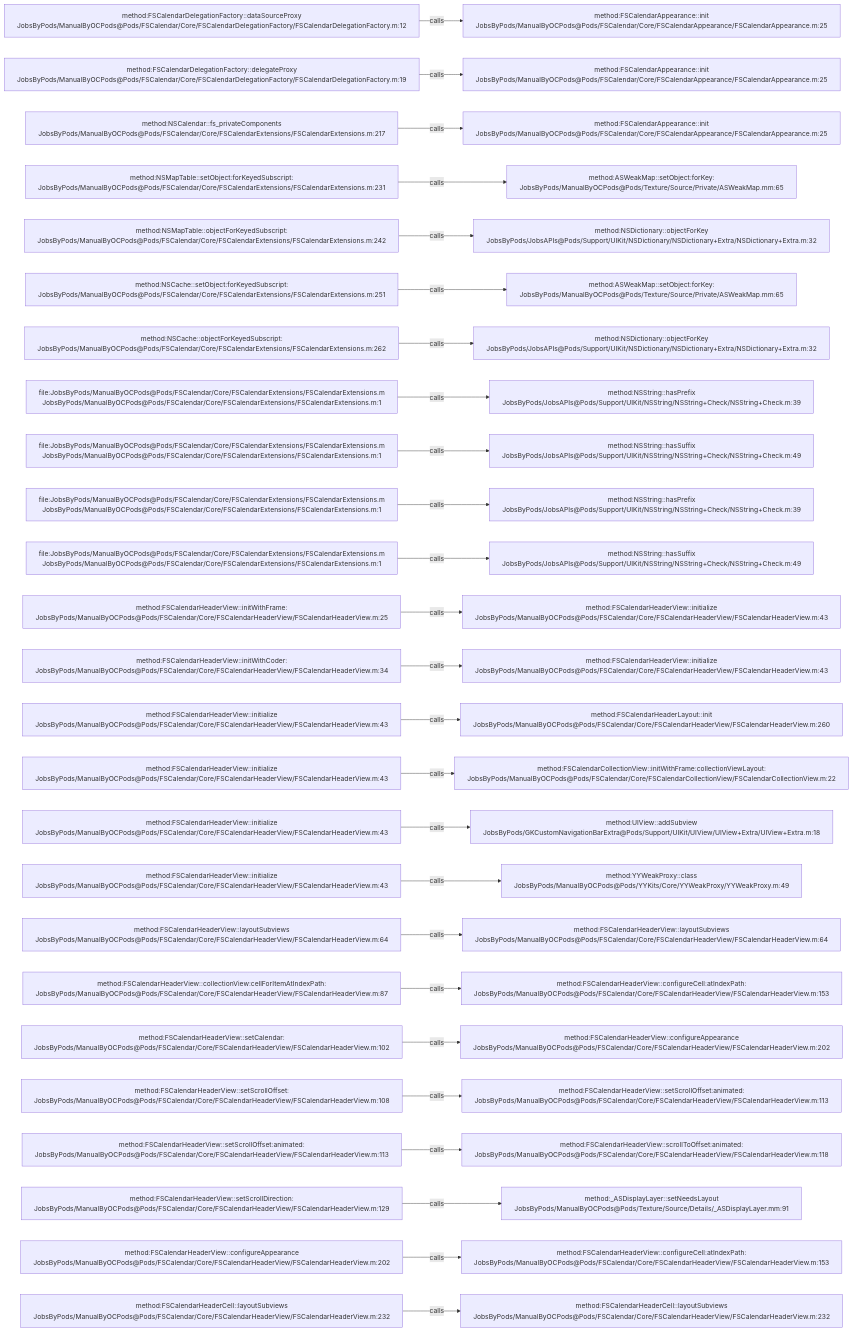
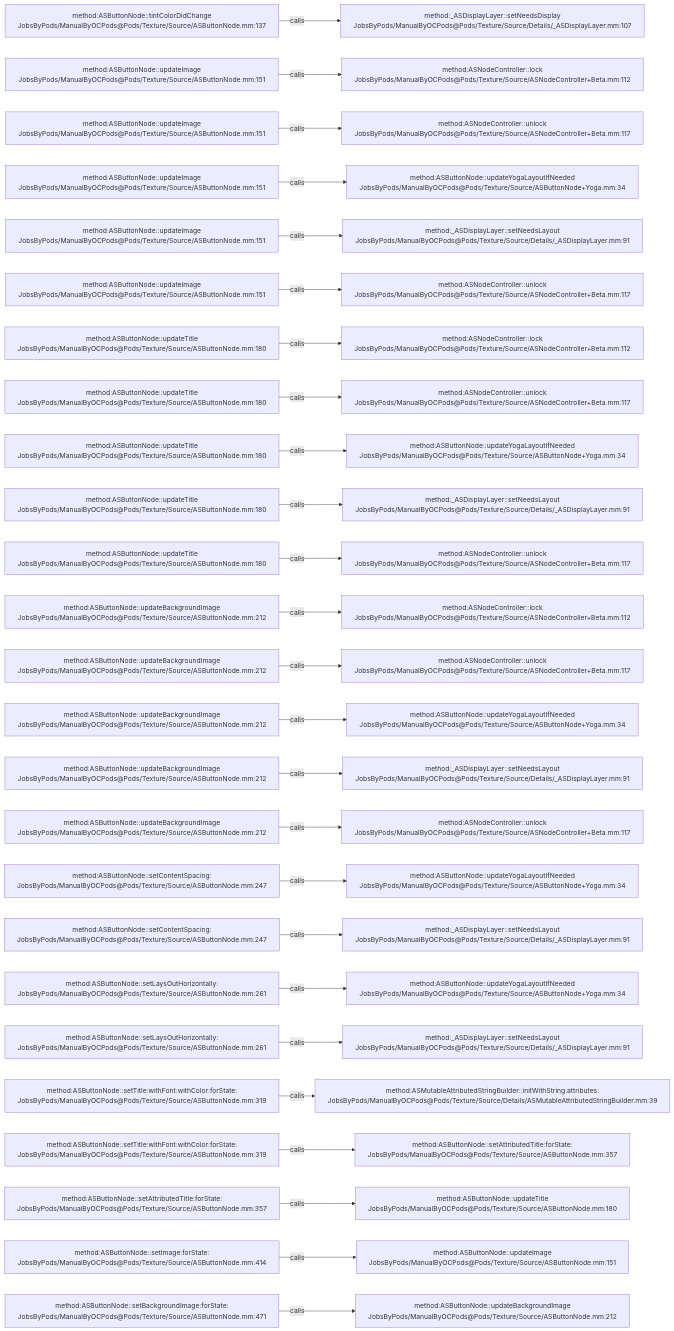
The diagram in .codegraph/codegraph.md/graphs/calls-181.md (JobsKits/JobsOCBaseConfigDemo), drawn with Mermaid before and after one commit. The commit also changed 573 other files, not shown here.

````diff
--- a/.codegraph/codegraph.md/graphs/calls-181.md
+++ b/.codegraph/codegraph.md/graphs/calls-181.md
@@ -13,78 +13,78 @@
 ```mermaid
 flowchart LR
-  S1["method:FSCalendarDelegationFactory::dataSourceProxy<br/>JobsByPods/ManualByOCPods@Pods/FSCalendar/Core/FSCalendarDelegationFactory/FSCalendarDelegationFactory.m:12"]
-  T1["method:FSCalendarAppearance::init<br/>JobsByPods/ManualByOCPods@Pods/FSCalendar/Core/FSCalendarAppearance/FSCalendarAppearance.m:25"]
+  S1["method:ASButtonNode::tintColorDidChange<br/>JobsByPods/ManualByOCPods@Pods/Texture/Source/ASButtonNode.mm:137"]
+  T1["method:_ASDisplayLayer::setNeedsDisplay<br/>JobsByPods/ManualByOCPods@Pods/Texture/Source/Details/_ASDisplayLayer.mm:107"]
   S1 -->|calls| T1
-  S2["method:FSCalendarDelegationFactory::delegateProxy<br/>JobsByPods/ManualByOCPods@Pods/FSCalendar/Core/FSCalendarDelegationFactory/FSCalendarDelegationFactory.m:19"]
-  T2["method:FSCalendarAppearance::init<br/>JobsByPods/ManualByOCPods@Pods/FSCalendar/Core/FSCalendarAppearance/FSCalendarAppearance.m:25"]
+  S2["method:ASButtonNode::updateImage<br/>JobsByPods/ManualByOCPods@Pods/Texture/Source/ASButtonNode.mm:151"]
+  T2["method:ASNodeController::lock<br/>JobsByPods/ManualByOCPods@Pods/Texture/Source/ASNodeController+Beta.mm:112"]
   S2 -->|calls| T2
-  S3["method:NSCalendar::fs_privateComponents<br/>JobsByPods/ManualByOCPods@Pods/FSCalendar/Core/FSCalendarExtensions/FSCalendarExtensions.m:217"]
-  T3["method:FSCalendarAppearance::init<br/>JobsByPods/ManualByOCPods@Pods/FSCalendar/Core/FSCalendarAppearance/FSCalendarAppearance.m:25"]
+  S3["method:ASButtonNode::updateImage<br/>JobsByPods/ManualByOCPods@Pods/Texture/Source/ASButtonNode.mm:151"]
+  T3["method:ASNodeController::unlock<br/>JobsByPods/ManualByOCPods@Pods/Texture/Source/ASNodeController+Beta.mm:117"]
   S3 -->|calls| T3
-  S4["method:NSMapTable::setObject:forKeyedSubscript:<br/>JobsByPods/ManualByOCPods@Pods/FSCalendar/Core/FSCalendarExtensions/FSCalendarExtensions.m:231"]
-  T4["method:ASWeakMap::setObject:forKey:<br/>JobsByPods/ManualByOCPods@Pods/Texture/Source/Private/ASWeakMap.mm:65"]
+  S4["method:ASButtonNode::updateImage<br/>JobsByPods/ManualByOCPods@Pods/Texture/Source/ASButtonNode.mm:151"]
+  T4["method:ASButtonNode::updateYogaLayoutIfNeeded<br/>JobsByPods/ManualByOCPods@Pods/Texture/Source/ASButtonNode+Yoga.mm:34"]
   S4 -->|calls| T4
-  S5["method:NSMapTable::objectForKeyedSubscript:<br/>JobsByPods/ManualByOCPods@Pods/FSCalendar/Core/FSCalendarExtensions/FSCalendarExtensions.m:242"]
-  T5["method:NSDictionary::objectForKey<br/>JobsByPods/JobsAPIs@Pods/Support/UIKit/NSDictionary/NSDictionary+Extra/NSDictionary+Extra.m:32"]
+  S5["method:ASButtonNode::updateImage<br/>JobsByPods/ManualByOCPods@Pods/Texture/Source/ASButtonNode.mm:151"]
+  T5["method:_ASDisplayLayer::setNeedsLayout<br/>JobsByPods/ManualByOCPods@Pods/Texture/Source/Details/_ASDisplayLayer.mm:91"]
   S5 -->|calls| T5
-  S6["method:NSCache::setObject:forKeyedSubscript:<br/>JobsByPods/ManualByOCPods@Pods/FSCalendar/Core/FSCalendarExtensions/FSCalendarExtensions.m:251"]
-  T6["method:ASWeakMap::setObject:forKey:<br/>JobsByPods/ManualByOCPods@Pods/Texture/Source/Private/ASWeakMap.mm:65"]
+  S6["method:ASButtonNode::updateImage<br/>JobsByPods/ManualByOCPods@Pods/Texture/Source/ASButtonNode.mm:151"]
+  T6["method:ASNodeController::unlock<br/>JobsByPods/ManualByOCPods@Pods/Texture/Source/ASNodeController+Beta.mm:117"]
   S6 -->|calls| T6
-  S7["method:NSCache::objectForKeyedSubscript:<br/>JobsByPods/ManualByOCPods@Pods/FSCalendar/Core/FSCalendarExtensions/FSCalendarExtensions.m:262"]
-  T7["method:NSDictionary::objectForKey<br/>JobsByPods/JobsAPIs@Pods/Support/UIKit/NSDictionary/NSDictionary+Extra/NSDictionary+Extra.m:32"]
+  S7["method:ASButtonNode::updateTitle<br/>JobsByPods/ManualByOCPods@Pods/Texture/Source/ASButtonNode.mm:180"]
+  T7["method:ASNodeController::lock<br/>JobsByPods/ManualByOCPods@Pods/Texture/Source/ASNodeController+Beta.mm:112"]
   S7 -->|calls| T7
-  S8["file:JobsByPods/ManualByOCPods@Pods/FSCalendar/Core/FSCalendarExtensions/FSCalendarExtensions.m<br/>JobsByPods/ManualByOCPods@Pods/FSCalendar/Core/FSCalendarExtensions/FSCalendarExtensions.m:1"]
-  T8["method:NSString::hasPrefix<br/>JobsByPods/JobsAPIs@Pods/Support/UIKit/NSString/NSString+Check/NSString+Check.m:39"]
+  S8["method:ASButtonNode::updateTitle<br/>JobsByPods/ManualByOCPods@Pods/Texture/Source/ASButtonNode.mm:180"]
+  T8["method:ASNodeController::unlock<br/>JobsByPods/ManualByOCPods@Pods/Texture/Source/ASNodeController+Beta.mm:117"]
   S8 -->|calls| T8
-  S9["file:JobsByPods/ManualByOCPods@Pods/FSCalendar/Core/FSCalendarExtensions/FSCalendarExtensions.m<br/>JobsByPods/ManualByOCPods@Pods/FSCalendar/Core/FSCalendarExtensions/FSCalendarExtensions.m:1"]
-  T9["method:NSString::hasSuffix<br/>JobsByPods/JobsAPIs@Pods/Support/UIKit/NSString/NSString+Check/NSString+Check.m:49"]
+  S9["method:ASButtonNode::updateTitle<br/>JobsByPods/ManualByOCPods@Pods/Texture/Source/ASButtonNode.mm:180"]
+  T9["method:ASButtonNode::updateYogaLayoutIfNeeded<br/>JobsByPods/ManualByOCPods@Pods/Texture/Source/ASButtonNode+Yoga.mm:34"]
   S9 -->|calls| T9
-  S10["file:JobsByPods/ManualByOCPods@Pods/FSCalendar/Core/FSCalendarExtensions/FSCalendarExtensions.m<br/>JobsByPods/ManualByOCPods@Pods/FSCalendar/Core/FSCalendarExtensions/FSCalendarExtensions.m:1"]
-  T10["method:NSString::hasPrefix<br/>JobsByPods/JobsAPIs@Pods/Support/UIKit/NSString/NSString+Check/NSString+Check.m:39"]
+  S10["method:ASButtonNode::updateTitle<br/>JobsByPods/ManualByOCPods@Pods/Texture/Source/ASButtonNode.mm:180"]
+  T10["method:_ASDisplayLayer::setNeedsLayout<br/>JobsByPods/ManualByOCPods@Pods/Texture/Source/Details/_ASDisplayLayer.mm:91"]
   S10 -->|calls| T10
-  S11["file:JobsByPods/ManualByOCPods@Pods/FSCalendar/Core/FSCalendarExtensions/FSCalendarExtensions.m<br/>JobsByPods/ManualByOCPods@Pods/FSCalendar/Core/FSCalendarExtensions/FSCalendarExtensions.m:1"]
-  T11["method:NSString::hasSuffix<br/>JobsByPods/JobsAPIs@Pods/Support/UIKit/NSString/NSString+Check/NSString+Check.m:49"]
+  S11["method:ASButtonNode::updateTitle<br/>JobsByPods/ManualByOCPods@Pods/Texture/Source/ASButtonNode.mm:180"]
+  T11["method:ASNodeController::unlock<br/>JobsByPods/ManualByOCPods@Pods/Texture/Source/ASNodeController+Beta.mm:117"]
   S11 -->|calls| T11
-  S12["method:FSCalendarHeaderView::initWithFrame:<br/>JobsByPods/ManualByOCPods@Pods/FSCalendar/Core/FSCalendarHeaderView/FSCalendarHeaderView.m:25"]
-  T12["method:FSCalendarHeaderView::initialize<br/>JobsByPods/ManualByOCPods@Pods/FSCalendar/Core/FSCalendarHeaderView/FSCalendarHeaderView.m:43"]
+  S12["method:ASButtonNode::updateBackgroundImage<br/>JobsByPods/ManualByOCPods@Pods/Texture/Source/ASButtonNode.mm:212"]
+  T12["method:ASNodeController::lock<br/>JobsByPods/ManualByOCPods@Pods/Texture/Source/ASNodeController+Beta.mm:112"]
   S12 -->|calls| T12
-  S13["method:FSCalendarHeaderView::initWithCoder:<br/>JobsByPods/ManualByOCPods@Pods/FSCalendar/Core/FSCalendarHeaderView/FSCalendarHeaderView.m:34"]
-  T13["method:FSCalendarHeaderView::initialize<br/>JobsByPods/ManualByOCPods@Pods/FSCalendar/Core/FSCalendarHeaderView/FSCalendarHeaderView.m:43"]
+  S13["method:ASButtonNode::updateBackgroundImage<br/>JobsByPods/ManualByOCPods@Pods/Texture/Source/ASButtonNode.mm:212"]
+  T13["method:ASNodeController::unlock<br/>JobsByPods/ManualByOCPods@Pods/Texture/Source/ASNodeController+Beta.mm:117"]
   S13 -->|calls| T13
-  S14["method:FSCalendarHeaderView::initialize<br/>JobsByPods/ManualByOCPods@Pods/FSCalendar/Core/FSCalendarHeaderView/FSCalendarHeaderView.m:43"]
-  T14["method:FSCalendarHeaderLayout::init<br/>JobsByPods/ManualByOCPods@Pods/FSCalendar/Core/FSCalendarHeaderView/FSCalendarHeaderView.m:260"]
+  S14["method:ASButtonNode::updateBackgroundImage<br/>JobsByPods/ManualByOCPods@Pods/Texture/Source/ASButtonNode.mm:212"]
+  T14["method:ASButtonNode::updateYogaLayoutIfNeeded<br/>JobsByPods/ManualByOCPods@Pods/Texture/Source/ASButtonNode+Yoga.mm:34"]
   S14 -->|calls| T14
-  S15["method:FSCalendarHeaderView::initialize<br/>JobsByPods/ManualByOCPods@Pods/FSCalendar/Core/FSCalendarHeaderView/FSCalendarHeaderView.m:43"]
-  T15["method:FSCalendarCollectionView::initWithFrame:collectionViewLayout:<br/>JobsByPods/ManualByOCPods@Pods/FSCalendar/Core/FSCalendarCollectionView/FSCalendarCollectionView.m:22"]
+  S15["method:ASButtonNode::updateBackgroundImage<br/>JobsByPods/ManualByOCPods@Pods/Texture/Source/ASButtonNode.mm:212"]
+  T15["method:_ASDisplayLayer::setNeedsLayout<br/>JobsByPods/ManualByOCPods@Pods/Texture/Source/Details/_ASDisplayLayer.mm:91"]
   S15 -->|calls| T15
-  S16["method:FSCalendarHeaderView::initialize<br/>JobsByPods/ManualByOCPods@Pods/FSCalendar/Core/FSCalendarHeaderView/FSCalendarHeaderView.m:43"]
-  T16["method:UIView::addSubview<br/>JobsByPods/GKCustomNavigationBarExtra@Pods/Support/UIKit/UIView/UIView+Extra/UIView+Extra.m:18"]
+  S16["method:ASButtonNode::updateBackgroundImage<br/>JobsByPods/ManualByOCPods@Pods/Texture/Source/ASButtonNode.mm:212"]
+  T16["method:ASNodeController::unlock<br/>JobsByPods/ManualByOCPods@Pods/Texture/Source/ASNodeController+Beta.mm:117"]
   S16 -->|calls| T16
-  S17["method:FSCalendarHeaderView::initialize<br/>JobsByPods/ManualByOCPods@Pods/FSCalendar/Core/FSCalendarHeaderView/FSCalendarHeaderView.m:43"]
-  T17["method:YYWeakProxy::class<br/>JobsByPods/ManualByOCPods@Pods/YYKits/Core/YYWeakProxy/YYWeakProxy.m:49"]
+  S17["method:ASButtonNode::setContentSpacing:<br/>JobsByPods/ManualByOCPods@Pods/Texture/Source/ASButtonNode.mm:247"]
+  T17["method:ASButtonNode::updateYogaLayoutIfNeeded<br/>JobsByPods/ManualByOCPods@Pods/Texture/Source/ASButtonNode+Yoga.mm:34"]
   S17 -->|calls| T17
-  S18["method:FSCalendarHeaderView::layoutSubviews<br/>JobsByPods/ManualByOCPods@Pods/FSCalendar/Core/FSCalendarHeaderView/FSCalendarHeaderView.m:64"]
-  T18["method:FSCalendarHeaderView::layoutSubviews<br/>JobsByPods/ManualByOCPods@Pods/FSCalendar/Core/FSCalendarHeaderView/FSCalendarHeaderView.m:64"]
+  S18["method:ASButtonNode::setContentSpacing:<br/>JobsByPods/ManualByOCPods@Pods/Texture/Source/ASButtonNode.mm:247"]
+  T18["method:_ASDisplayLayer::setNeedsLayout<br/>JobsByPods/ManualByOCPods@Pods/Texture/Source/Details/_ASDisplayLayer.mm:91"]
   S18 -->|calls| T18
-  S19["method:FSCalendarHeaderView::collectionView:cellForItemAtIndexPath:<br/>JobsByPods/ManualByOCPods@Pods/FSCalendar/Core/FSCalendarHeaderView/FSCalendarHeaderView.m:87"]
-  T19["method:FSCalendarHeaderView::configureCell:atIndexPath:<br/>JobsByPods/ManualByOCPods@Pods/FSCalendar/Core/FSCalendarHeaderView/FSCalendarHeaderView.m:153"]
+  S19["method:ASButtonNode::setLaysOutHorizontally:<br/>JobsByPods/ManualByOCPods@Pods/Texture/Source/ASButtonNode.mm:261"]
+  T19["method:ASButtonNode::updateYogaLayoutIfNeeded<br/>JobsByPods/ManualByOCPods@Pods/Texture/Source/ASButtonNode+Yoga.mm:34"]
   S19 -->|calls| T19
-  S20["method:FSCalendarHeaderView::setCalendar:<br/>JobsByPods/ManualByOCPods@Pods/FSCalendar/Core/FSCalendarHeaderView/FSCalendarHeaderView.m:102"]
-  T20["method:FSCalendarHeaderView::configureAppearance<br/>JobsByPods/ManualByOCPods@Pods/FSCalendar/Core/FSCalendarHeaderView/FSCalendarHeaderView.m:202"]
+  S20["method:ASButtonNode::setLaysOutHorizontally:<br/>JobsByPods/ManualByOCPods@Pods/Texture/Source/ASButtonNode.mm:261"]
+  T20["method:_ASDisplayLayer::setNeedsLayout<br/>JobsByPods/ManualByOCPods@Pods/Texture/Source/Details/_ASDisplayLayer.mm:91"]
   S20 -->|calls| T20
-  S21["method:FSCalendarHeaderView::setScrollOffset:<br/>JobsByPods/ManualByOCPods@Pods/FSCalendar/Core/FSCalendarHeaderView/FSCalendarHeaderView.m:108"]
-  T21["method:FSCalendarHeaderView::setScrollOffset:animated:<br/>JobsByPods/ManualByOCPods@Pods/FSCalendar/Core/FSCalendarHeaderView/FSCalendarHeaderView.m:113"]
+  S21["method:ASButtonNode::setTitle:withFont:withColor:forState:<br/>JobsByPods/ManualByOCPods@Pods/Texture/Source/ASButtonNode.mm:319"]
+  T21["method:ASMutableAttributedStringBuilder::initWithString:attributes:<br/>JobsByPods/ManualByOCPods@Pods/Texture/Source/Details/ASMutableAttributedStringBuilder.mm:39"]
   S21 -->|calls| T21
-  S22["method:FSCalendarHeaderView::setScrollOffset:animated:<br/>JobsByPods/ManualByOCPods@Pods/FSCalendar/Core/FSCalendarHeaderView/FSCalendarHeaderView.m:113"]
-  T22["method:FSCalendarHeaderView::scrollToOffset:animated:<br/>JobsByPods/ManualByOCPods@Pods/FSCalendar/Core/FSCalendarHeaderView/FSCalendarHeaderView.m:118"]
+  S22["method:ASButtonNode::setTitle:withFont:withColor:forState:<br/>JobsByPods/ManualByOCPods@Pods/Texture/Source/ASButtonNode.mm:319"]
+  T22["method:ASButtonNode::setAttributedTitle:forState:<br/>JobsByPods/ManualByOCPods@Pods/Texture/Source/ASButtonNode.mm:357"]
   S22 -->|calls| T22
-  S23["method:FSCalendarHeaderView::setScrollDirection:<br/>JobsByPods/ManualByOCPods@Pods/FSCalendar/Core/FSCalendarHeaderView/FSCalendarHeaderView.m:129"]
-  T23["method:_ASDisplayLayer::setNeedsLayout<br/>JobsByPods/ManualByOCPods@Pods/Texture/Source/Details/_ASDisplayLayer.mm:91"]
+  S23["method:ASButtonNode::setAttributedTitle:forState:<br/>JobsByPods/ManualByOCPods@Pods/Texture/Source/ASButtonNode.mm:357"]
+  T23["method:ASButtonNode::updateTitle<br/>JobsByPods/ManualByOCPods@Pods/Texture/Source/ASButtonNode.mm:180"]
   S23 -->|calls| T23
-  S24["method:FSCalendarHeaderView::configureAppearance<br/>JobsByPods/ManualByOCPods@Pods/FSCalendar/Core/FSCalendarHeaderView/FSCalendarHeaderView.m:202"]
-  T24["method:FSCalendarHeaderView::configureCell:atIndexPath:<br/>JobsByPods/ManualByOCPods@Pods/FSCalendar/Core/FSCalendarHeaderView/FSCalendarHeaderView.m:153"]
+  S24["method:ASButtonNode::setImage:forState:<br/>JobsByPods/ManualByOCPods@Pods/Texture/Source/ASButtonNode.mm:414"]
+  T24["method:ASButtonNode::updateImage<br/>JobsByPods/ManualByOCPods@Pods/Texture/Source/ASButtonNode.mm:151"]
   S24 -->|calls| T24
-  S25["method:FSCalendarHeaderCell::layoutSubviews<br/>JobsByPods/ManualByOCPods@Pods/FSCalendar/Core/FSCalendarHeaderView/FSCalendarHeaderView.m:232"]
-  T25["method:FSCalendarHeaderCell::layoutSubviews<br/>JobsByPods/ManualByOCPods@Pods/FSCalendar/Core/FSCalendarHeaderView/FSCalendarHeaderView.m:232"]
+  S25["method:ASButtonNode::setBackgroundImage:forState:<br/>JobsByPods/ManualByOCPods@Pods/Texture/Source/ASButtonNode.mm:471"]
+  T25["method:ASButtonNode::updateBackgroundImage<br/>JobsByPods/ManualByOCPods@Pods/Texture/Source/ASButtonNode.mm:212"]
   S25 -->|calls| T25
 ```
````
